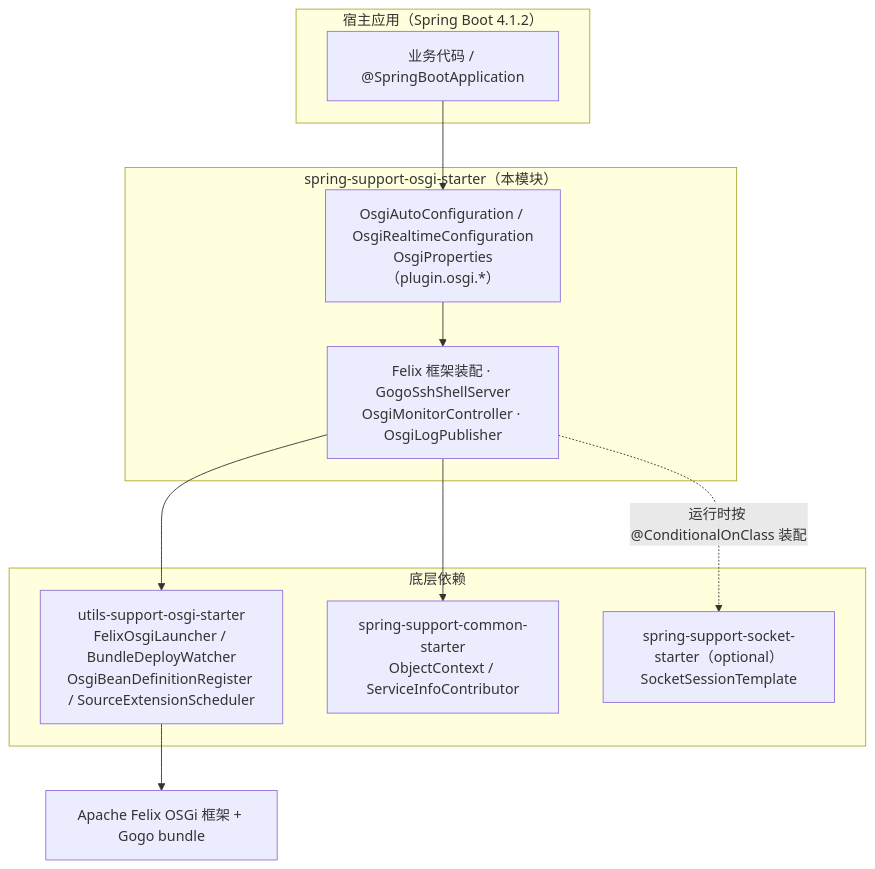
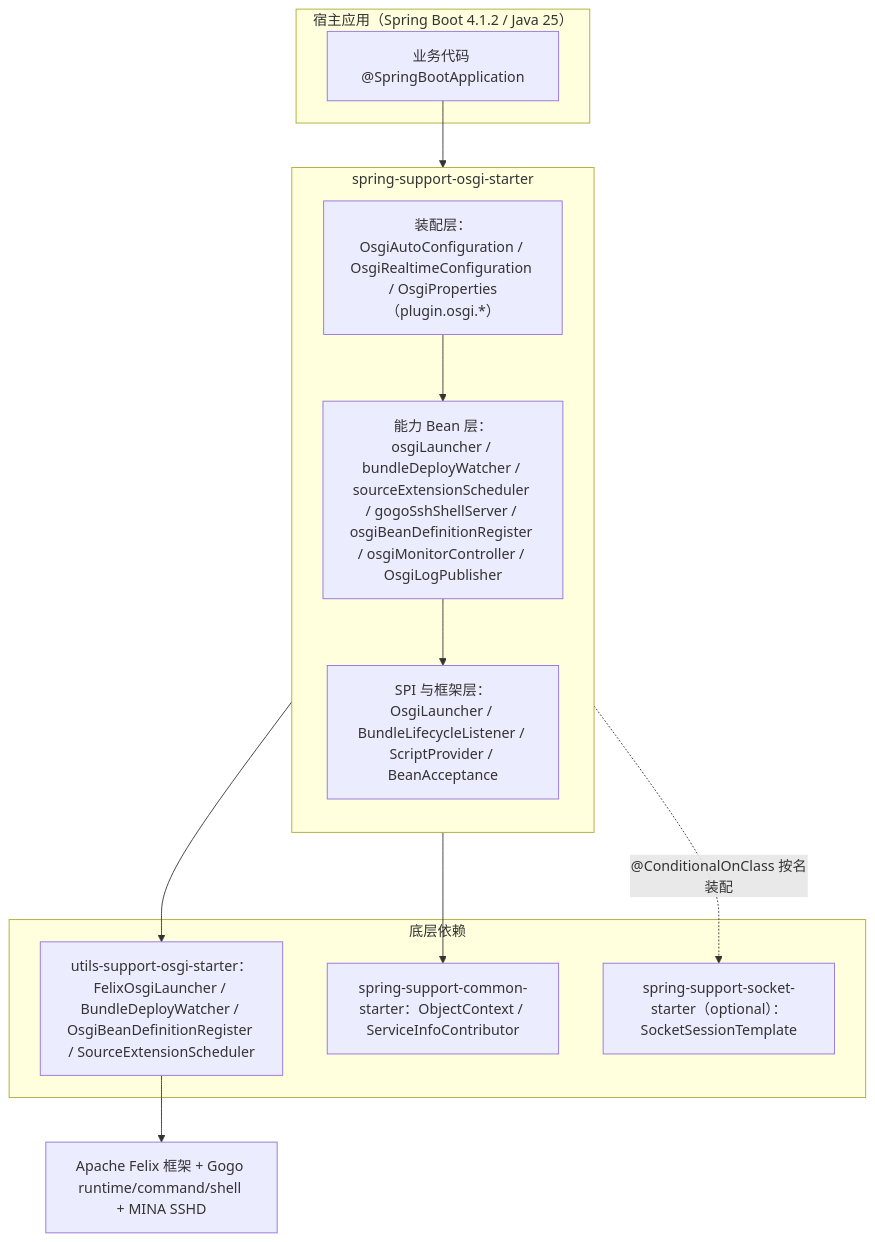
Before and after one commit to CHTK001/spring-support-parent-starter: the first of 2 diagrams in spring-support-osgi-starter/README.md, drawn with Mermaid. The commit also changed other lines of this file and 54 other files, not shown here.

````diff
--- a/spring-support-osgi-starter/README.md
+++ b/spring-support-osgi-starter/README.md
@@ -14,26 +9,29 @@
 ```mermaid
 flowchart TB
-    subgraph HOST["宿主应用（Spring Boot 4.1.2）"]
-        APP["业务代码 / @SpringBootApplication"]
+    subgraph HOST["宿主应用（Spring Boot 4.1.2 / Java 25）"]
+        APP["业务代码 @SpringBootApplication"]
     end
 
-    subgraph MOD["spring-support-osgi-starter（本模块）"]
-        CFG["OsgiAutoConfiguration / OsgiRealtimeConfiguration<br/>OsgiProperties（plugin.osgi.*）"]
-        FEAT["Felix 框架装配 · GogoSshShellServer<br/>OsgiMonitorController · OsgiLogPublisher"]
+    subgraph MOD["spring-support-osgi-starter"]
+        direction TB
+        CFG["装配层：OsgiAutoConfiguration / OsgiRealtimeConfiguration / OsgiProperties（plugin.osgi.*）"]
+        SVC["能力 Bean 层：osgiLauncher / bundleDeployWatcher / sourceExtensionScheduler / gogoSshShellServer / osgiBeanDefinitionRegister / osgiMonitorController / OsgiLogPublisher"]
+        SPI["SPI 与框架层：OsgiLauncher / BundleLifecycleListener / ScriptProvider / BeanAcceptance"]
+        CFG --> SVC
+        SVC --> SPI
     end
 
     subgraph BASE["底层依赖"]
-        U["utils-support-osgi-starter<br/>FelixOsgiLauncher / BundleDeployWatcher<br/>OsgiBeanDefinitionRegister / SourceExtensionScheduler"]
-        C["spring-support-common-starter<br/>ObjectContext / ServiceInfoContributor"]
-        S["spring-support-socket-starter（optional）<br/>SocketSessionTemplate"]
+        U["utils-support-osgi-starter：FelixOsgiLauncher / BundleDeployWatcher / OsgiBeanDefinitionRegister / SourceExtensionScheduler"]
+        C["spring-support-common-starter：ObjectContext / ServiceInfoContributor"]
+        S["spring-support-socket-starter（optional）：SocketSessionTemplate"]
     end
 
-    FELIX["Apache Felix OSGi 框架 + Gogo bundle"]
+    FELIX["Apache Felix 框架 + Gogo runtime/command/shell + MINA SSHD"]
 
     APP --> CFG
-    CFG --> FEAT
-    FEAT --> U
-    FEAT --> C
-    FEAT -.->|运行时按 @ConditionalOnClass 装配| S
+    SVC --> U
+    SVC --> C
+    SVC -.->|"@ConditionalOnClass 按名装配"| S
     U --> FELIX
 ```
````
